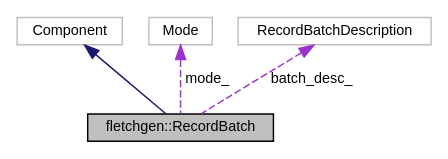
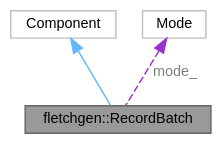
One commit to abs-tudelft/fletcher changed the diagram in api/fletchgen/structfletchgen_1_1_record_batch__coll__graph.dot. Above: the diagram before and after it, drawn with Graphviz. The commit also changed 621 other files, not shown here.

```diff
--- a/api/fletchgen/structfletchgen_1_1_record_batch__coll__graph.dot
+++ b/api/fletchgen/structfletchgen_1_1_record_batch__coll__graph.dot
@@ -1,13 +1,12 @@
 digraph "fletchgen::RecordBatch"
 {
  // LATEX_PDF_SIZE
-  edge [fontname="Helvetica",fontsize="10",labelfontname="Helvetica",labelfontsize="10"];
-  node [fontname="Helvetica",fontsize="10",shape=record];
-  Node1 [label="fletchgen::RecordBatch",height=0.2,width=0.4,color="black", fillcolor="grey75", style="filled", fontcolor="black",tooltip="A RecordBatch aggregating ArrayReaders/Writers."];
-  Node2 -> Node1 [dir="back",color="midnightblue",fontsize="10",style="solid",fontname="Helvetica"];
-  Node2 [label="Component",height=0.2,width=0.4,color="grey75", fillcolor="white", style="filled",tooltip=" "];
-  Node3 -> Node1 [dir="back",color="darkorchid3",fontsize="10",style="dashed",label=" mode_" ,fontname="Helvetica"];
-  Node3 [label="Mode",height=0.2,width=0.4,color="grey75", fillcolor="white", style="filled",tooltip=" "];
-  Node4 -> Node1 [dir="back",color="darkorchid3",fontsize="10",style="dashed",label=" batch_desc_" ,fontname="Helvetica"];
-  Node4 [label="RecordBatchDescription",height=0.2,width=0.4,color="grey75", fillcolor="white", style="filled",tooltip=" "];
+  bgcolor="transparent";
+  edge [fontname=Helvetica,fontsize=10,labelfontname=Helvetica,labelfontsize=10];
+  node [fontname=Helvetica,fontsize=10,shape=box,height=0.2,width=0.4];
+  Node1 [id="Node000001",label="fletchgen::RecordBatch",height=0.2,width=0.4,color="gray40", fillcolor="grey60", style="filled", fontcolor="black",tooltip="A RecordBatch aggregating ArrayReaders/Writers."];
+  Node2 -> Node1 [id="edge1_Node000001_Node000002",dir="back",color="steelblue1",style="solid",tooltip=" "];
+  Node2 [id="Node000002",label="Component",height=0.2,width=0.4,color="grey75", fillcolor="white", style="filled",tooltip=" "];
+  Node3 -> Node1 [id="edge2_Node000001_Node000003",dir="back",color="darkorchid3",style="dashed",tooltip=" ",label=" mode_",fontcolor="grey" ];
+  Node3 [id="Node000003",label="Mode",height=0.2,width=0.4,color="grey75", fillcolor="white", style="filled",tooltip=" "];
 }
```
